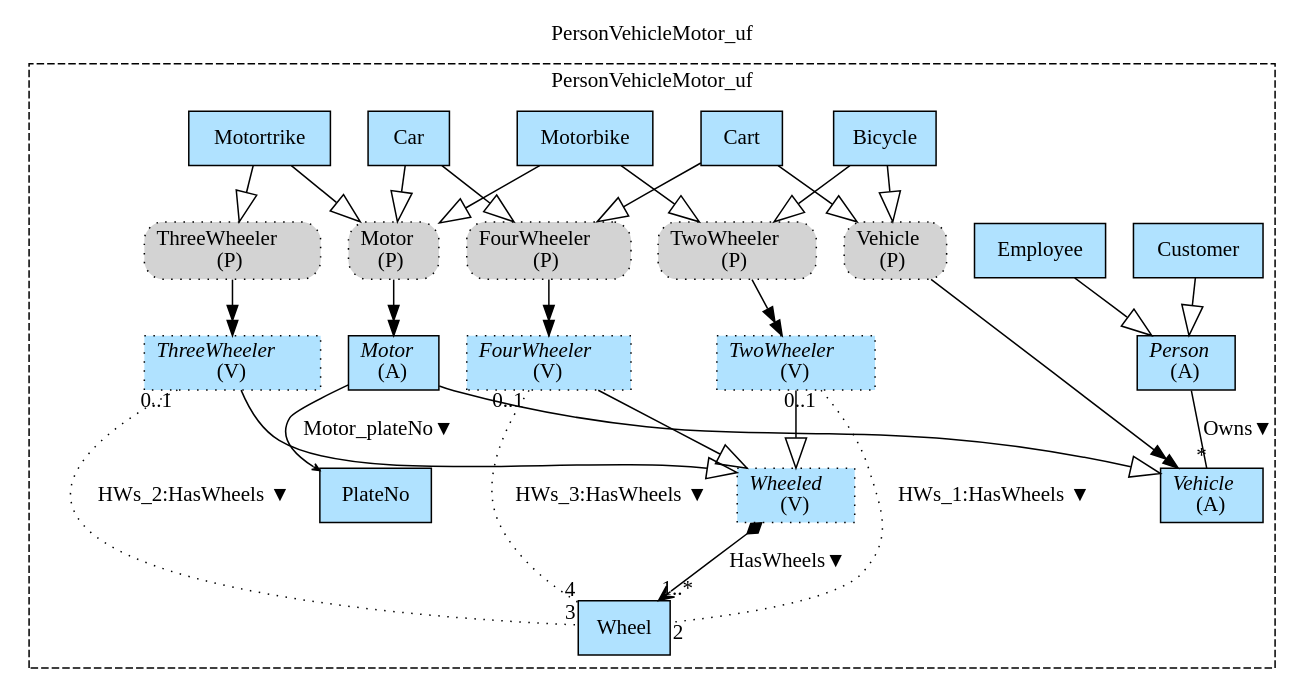
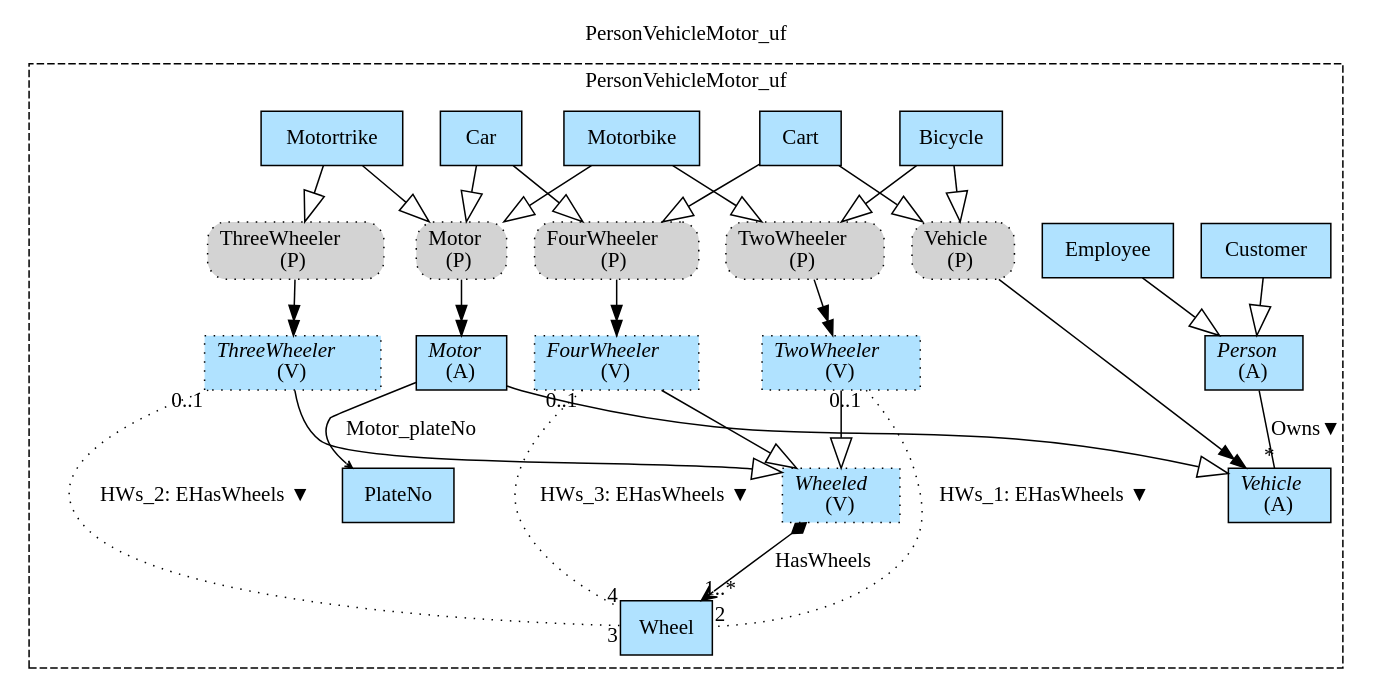
The diagram in Haskell/FragmentaTests/FrPersonVehicleMotor/img/PersonVehicleMotor_uf.gv (namalio/Fragmenta), drawn with Graphviz before and after one commit. The commit also changed 94 other files, not shown here.

```diff
--- a/Haskell/FragmentaTests/FrPersonVehicleMotor/img/PersonVehicleMotor_uf.gv
+++ b/Haskell/FragmentaTests/FrPersonVehicleMotor/img/PersonVehicleMotor_uf.gv
@@ -1,54 +1,54 @@
 digraph {graph[label=PersonVehicleMotor_uf,labelloc=tl,labelfontsize=12];
 subgraph cluster_PersonVehicleMotor_uf{style=dashed;label=PersonVehicleMotor_uf;
 "PlateNo"[shape=record,fillcolor=lightskyblue1,style = filled,label="PlateNo"];
 "Employee"[shape=record,fillcolor=lightskyblue1,style = filled,label="Employee"];
 "Customer"[shape=record,fillcolor=lightskyblue1,style = filled,label="Customer"];
 "Person"[shape=record,fillcolor=lightskyblue1,style = filled,label=<{<I>Person</I><br/>(A)}>];
 "Motor"[shape=record,fillcolor=lightskyblue1,style = filled,label=<{<I>Motor</I><br/>(A)}>];
 "Vehicle"[shape=record,fillcolor=lightskyblue1,style = filled,label=<{<I>Vehicle</I><br/>(A)}>];
 "PMotor"[shape=box,fillcolor=lightgray,style ="rounded,filled,dotted",label=<Motor<br/>(P)>];
 "PVehicle"[shape=box,fillcolor=lightgray,style ="rounded,filled,dotted",label=<Vehicle<br/>(P)>];
 "Cart"[shape=record,fillcolor=lightskyblue1,style = filled,label="Cart"];
 "Bicycle"[shape=record,fillcolor=lightskyblue1,style = filled,label="Bicycle"];
 "Motorbike"[shape=record,fillcolor=lightskyblue1,style = filled,label="Motorbike"];
 "PTwoWheeler"[shape=box,fillcolor=lightgray,style ="rounded,filled,dotted",label=<TwoWheeler<br/>(P)>];
 "Car"[shape=record,fillcolor=lightskyblue1,style = filled,label="Car"];
 "PFourWheeler"[shape=box,fillcolor=lightgray,style ="rounded,filled,dotted",label=<FourWheeler<br/>(P)>];
 "Motortrike"[shape=record,fillcolor=lightskyblue1,style = filled,label="Motortrike"];
 "PThreeWheeler"[shape=box,fillcolor=lightgray,style ="rounded,filled,dotted",label=<ThreeWheeler<br/>(P)>];
 "Wheeled"[shape=record,fillcolor=lightskyblue1,style ="filled,dotted",label=<{<I>Wheeled</I><br/>(V)}>];
 "TwoWheeler"[shape=record,fillcolor=lightskyblue1,style ="filled,dotted",label=<{<I>TwoWheeler</I><br/>(V)}>];
 "ThreeWheeler"[shape=record,fillcolor=lightskyblue1,style ="filled,dotted",label=<{<I>ThreeWheeler</I><br/>(V)}>];
 "FourWheeler"[shape=record,fillcolor=lightskyblue1,style ="filled,dotted",label=<{<I>FourWheeler</I><br/>(V)}>];
 "Wheel"[shape=record,fillcolor=lightskyblue1,style = filled,label="Wheel"];
 
 "Person"->"Vehicle"[label="Owns▼",dir=none,taillabel="",headlabel="*"];
-"Motor"->"PlateNo"[label="Motor_plateNo▼",arrowhead=vee,headlabel="",arrowsize=.5];
+"Motor"->"PlateNo"[label="Motor_plateNo",arrowhead=vee,headlabel="",arrowsize=.5];
 "Employee"->"Person"[arrowhead=onormal,arrowsize=2.0];
 "Customer"->"Person"[arrowhead=onormal,arrowsize=2.0];
 "Motor"->"Vehicle"[arrowhead=onormal,arrowsize=2.0];
 "Car"->"PMotor"[arrowhead=onormal,arrowsize=2.0];
 "Motorbike"->"PMotor"[arrowhead=onormal,arrowsize=2.0];
 "Motortrike"->"PMotor"[arrowhead=onormal,arrowsize=2.0];
 "Bicycle"->"PVehicle"[arrowhead=onormal,arrowsize=2.0];
 "Cart"->"PVehicle"[arrowhead=onormal,arrowsize=2.0];
 "Cart"->"PFourWheeler"[arrowhead=onormal,arrowsize=2.0];
 "Bicycle"->"PTwoWheeler"[arrowhead=onormal,arrowsize=2.0];
 "Motorbike"->"PTwoWheeler"[arrowhead=onormal,arrowsize=2.0];
 "Car"->"PFourWheeler"[arrowhead=onormal,arrowsize=2.0];
 "Motortrike"->"PThreeWheeler"[arrowhead=onormal,arrowsize=2.0];
 "TwoWheeler"->"Wheeled"[arrowhead=onormal,arrowsize=2.0];
 "ThreeWheeler"->"Wheeled"[arrowhead=onormal,arrowsize=2.0];
 "FourWheeler"->"Wheeled"[arrowhead=onormal,arrowsize=2.0];
-"Wheeled"->"Wheel"[label="HasWheels▼",arrowhead=vee,arrowtail=diamond,dir=both,headlabel="1..*"];
-"TwoWheeler"->"Wheel"[label="HWs_1:HasWheels ▼",dir=none,taillabel="0..1",headlabel="2",style=dotted];
-"ThreeWheeler"->"Wheel"[label="HWs_2:HasWheels ▼",dir=none,taillabel="0..1",headlabel="3",style=dotted];
-"FourWheeler"->"Wheel"[label="HWs_3:HasWheels ▼",dir=none,taillabel="0..1",headlabel="4",style=dotted];
+"Wheeled"->"Wheel"[label="HasWheels",arrowhead=vee,arrowtail=diamond,dir=both,headlabel="1..*"];
+"TwoWheeler"->"Wheel"[label="HWs_1: EHasWheels ▼",dir=none,taillabel="0..1",headlabel="2",style=dotted];
+"ThreeWheeler"->"Wheel"[label="HWs_2: EHasWheels ▼",dir=none,taillabel="0..1",headlabel="3",style=dotted];
+"FourWheeler"->"Wheel"[label="HWs_3: EHasWheels ▼",dir=none,taillabel="0..1",headlabel="4",style=dotted];
 
 }
 "PMotor"->"Motor"[arrowhead=normalnormal];
 "PVehicle"->"Vehicle"[arrowhead=normalnormal];
 "PTwoWheeler"->"TwoWheeler"[arrowhead=normalnormal];
 "PThreeWheeler"->"ThreeWheeler"[arrowhead=normalnormal];
 "PFourWheeler"->"FourWheeler"[arrowhead=normalnormal];
 }
```
